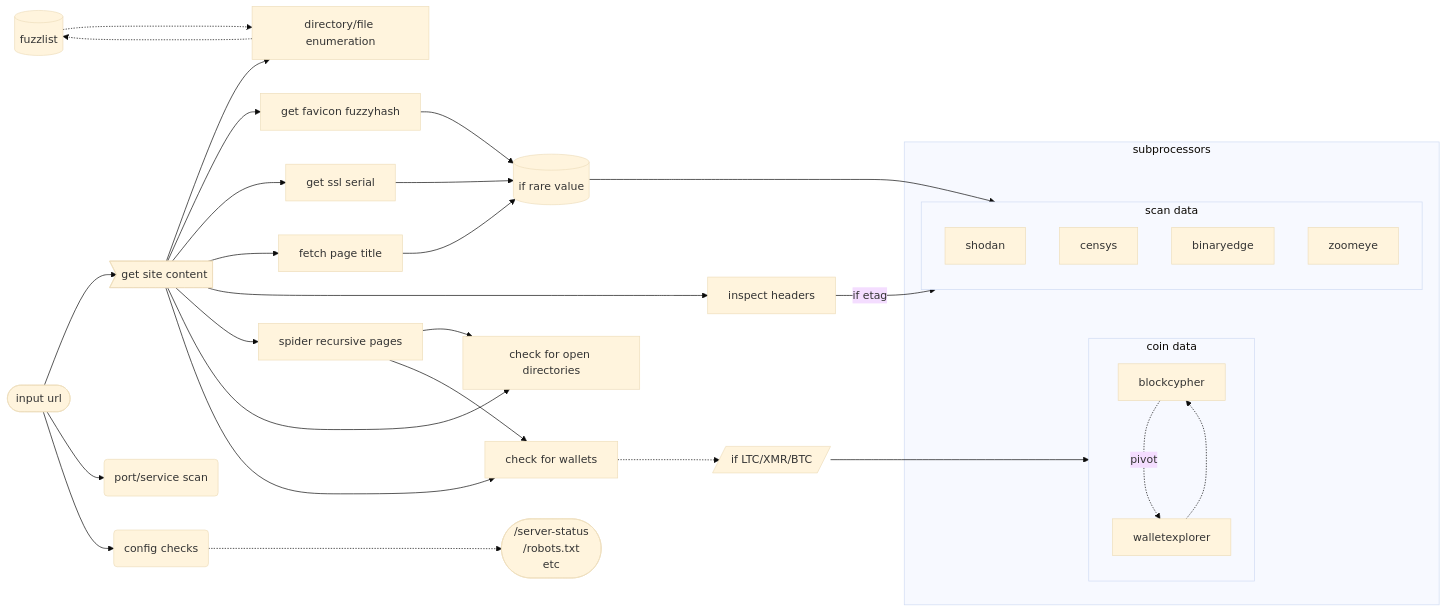
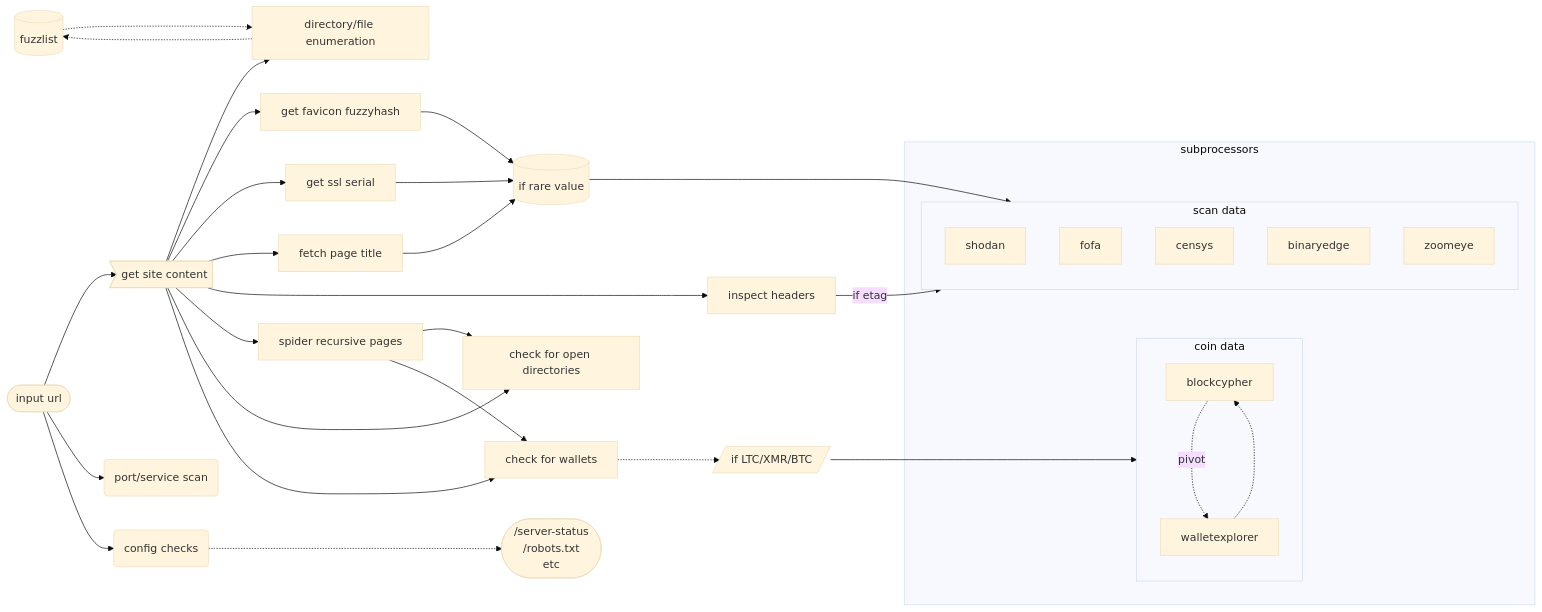
The diagram in README.md (joshhighet/bebop), drawn with Mermaid (base theme) before and after one commit. The commit also changed other lines of this file and 1 other file, not shown here.

Commit message:
add FOFA #15

````diff
--- a/README.md
+++ b/README.md
@@ -9,45 +9,46 @@
 ```mermaid
 graph LR
     subgraph subprocessors
         subgraph cryptocurrency[coin data]
         blockcypher
         walletexplorer
         blockcypher -..-> |pivot|walletexplorer
         walletexplorer -..-> blockcypher
         end
         subgraph netscans[scan data]
         shodan
+        fofa
         censys
         binaryedge
         zoomeye
         end
     end
     lookupsaver[(if rare value)]
     fuzzlist[(fuzzlist)]
     opndir[check for open directories]
     cryptoc[check for wallets]
     checks([/server-status\n/robots.txt\netc])
     anchor([input url]) -->mainget>get site content]
     mainget --> fuzz[directory/file enumeration]
     fuzz -..-> fuzzlist
     fuzzlist -..-> fuzz
     anchor --> scan(port/service scan)
     anchor --> checker(config checks)
     checker -..-> checks
     mainget --> favicon[get favicon fuzzyhash]
     mainget --> sslserial[get ssl serial]
     sslserial --> lookupsaver
     favicon --> lookupsaver
     mainget --> title[fetch page title]
     title --> lookupsaver
     mainget --> headers[inspect headers]
     headers --> |if etag|netscans
     lookupsaver --> netscans
     mainget --> spider[spider recursive pages]
     mainget --> opndir
     spider --> opndir
     mainget --> cryptoc
     spider --> cryptoc
     cryptoc -..-> ifsupportedcoin[/if LTC/XMR/BTC/]
     ifsupportedcoin --> cryptocurrency
 ```
````
